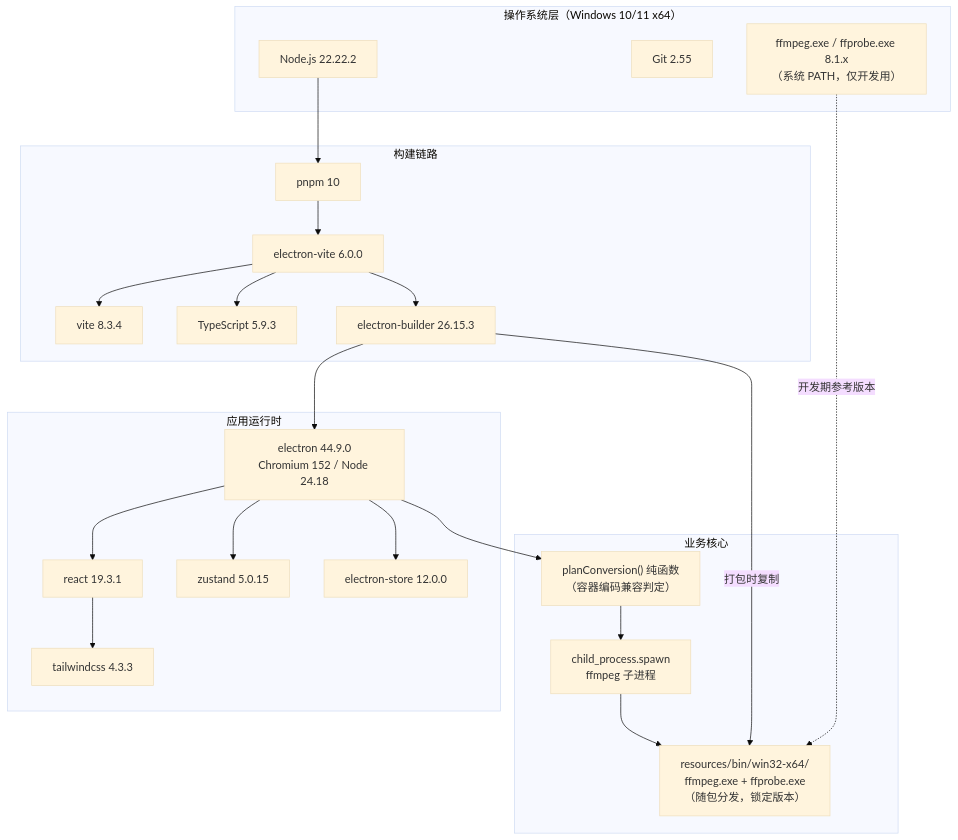
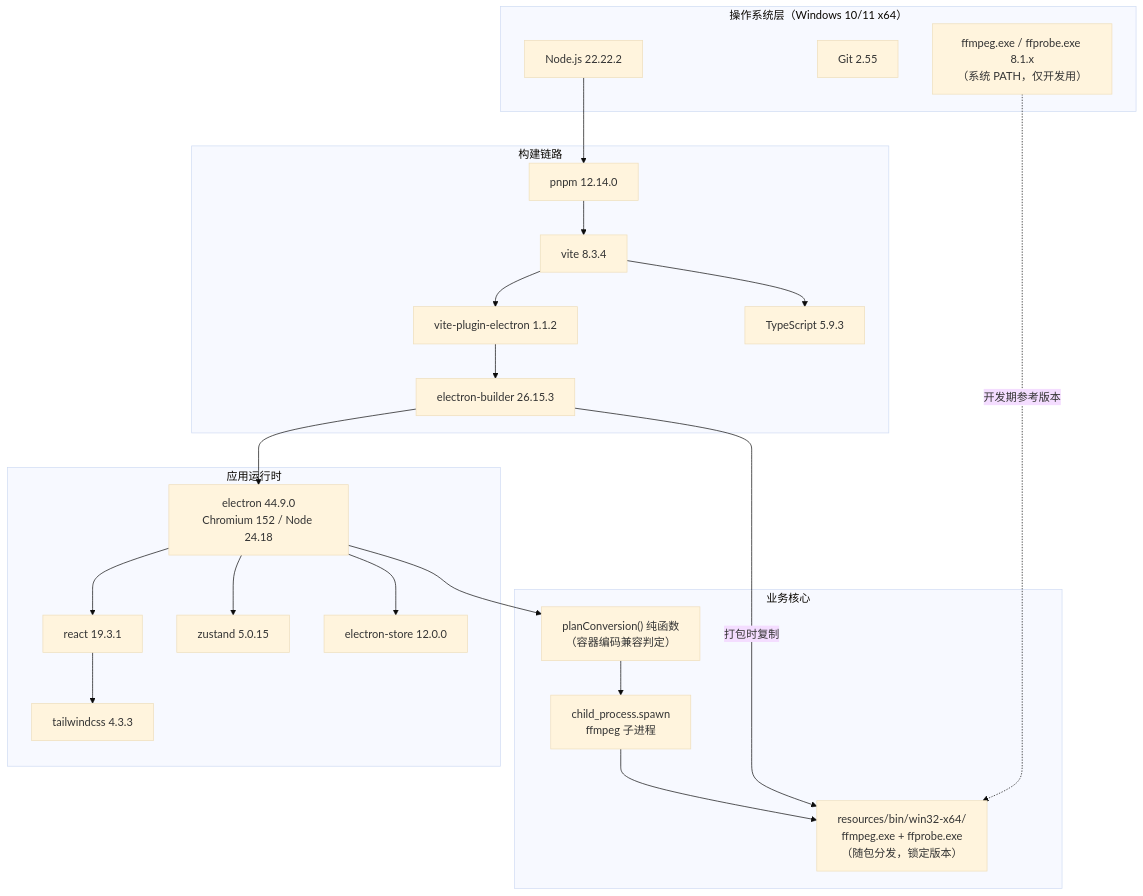
One commit to Zkaixin111/video-converter-desktop changed the diagram in 开发环境准备清单.md. Above: the diagram before and after it, drawn with Mermaid (base theme). The commit also changed other lines of this file and 81 other files, not shown here.

````diff
--- a/开发环境准备清单.md
+++ b/开发环境准备清单.md
@@ -523,46 +557,46 @@
 ```mermaid
 flowchart TD
     subgraph OS["操作系统层（Windows 10/11 x64）"]
         NODE["Node.js 22.22.2"]
         GIT["Git 2.55"]
         FF["ffmpeg.exe / ffprobe.exe 8.1.x<br/>（系统 PATH，仅开发用）"]
     end
 
     subgraph BUILD["构建链路"]
-        PNPM["pnpm 10"]
-        EV["electron-vite 6.0.0"]
+        PNPM["pnpm 12.14.0"]
+        VPE["vite-plugin-electron 1.1.2"]
         VITE["vite 8.3.4"]
         TS["TypeScript 5.9.3"]
         EB["electron-builder 26.15.3"]
     end
 
     subgraph RUNTIME["应用运行时"]
         ELE["electron 44.9.0<br/>Chromium 152 / Node 24.18"]
         REACT["react 19.3.1"]
         ZUS["zustand 5.0.15"]
         ES["electron-store 12.0.0"]
         TW["tailwindcss 4.3.3"]
     end
 
     subgraph APP["业务核心"]
         PLAN["planConversion() 纯函数<br/>（容器编码兼容判定）"]
         SPAWN["child_process.spawn<br/>ffmpeg 子进程"]
         FFX["resources/bin/win32-x64/<br/>ffmpeg.exe + ffprobe.exe<br/>（随包分发，锁定版本）"]
     end
 
     NODE --> PNPM
-    PNPM --> EV
-    EV --> VITE
-    EV --> TS
-    EV --> EB
+    PNPM --> VITE
+    VITE --> VPE
+    VITE --> TS
+    VPE --> EB
     EB --> ELE
     ELE --> REACT
     ELE --> ZUS
     ELE --> ES
     REACT --> TW
     PLAN --> SPAWN
     SPAWN --> FFX
     FF -.->|"开发期参考版本"| FFX
     ELE --> PLAN
     EB -->|"打包时复制"| FFX
 ```
````
